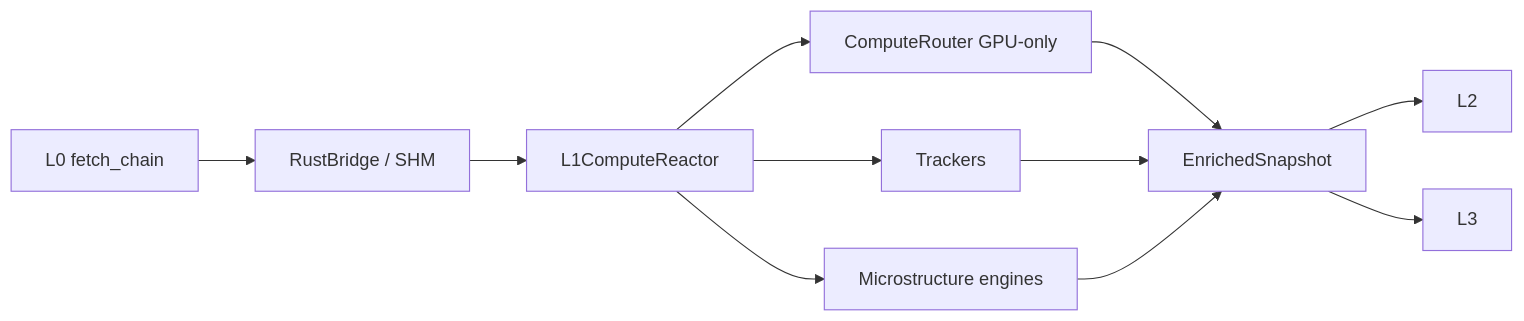
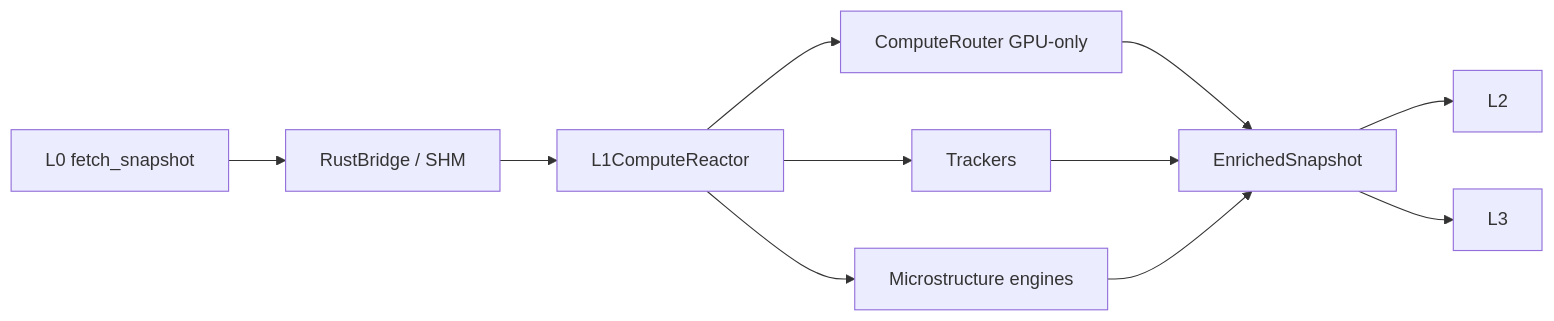
Before and after one commit to Skioleeya/option_trading: the diagram in docs/SOP/L1_LOCAL_COMPUTATION.md, drawn with Mermaid. The commit also changed other lines of this file and 154 other files, not shown here.

````diff
--- a/docs/SOP/L1_LOCAL_COMPUTATION.md
+++ b/docs/SOP/L1_LOCAL_COMPUTATION.md
@@ -12,13 +12,13 @@
 ```mermaid
 flowchart LR
-  A[L0 fetch_chain] --> B[RustBridge / SHM]
+  A[L0 fetch_snapshot] --> B[RustBridge / SHM]
   B --> C[L1ComputeReactor]
   C --> D[ComputeRouter GPU-only]
   C --> E[Trackers]
   C --> F[Microstructure engines]
   D --> G[EnrichedSnapshot]
   E --> G
   F --> G
   G --> H[L2]
   G --> I[L3]
 ```
````
